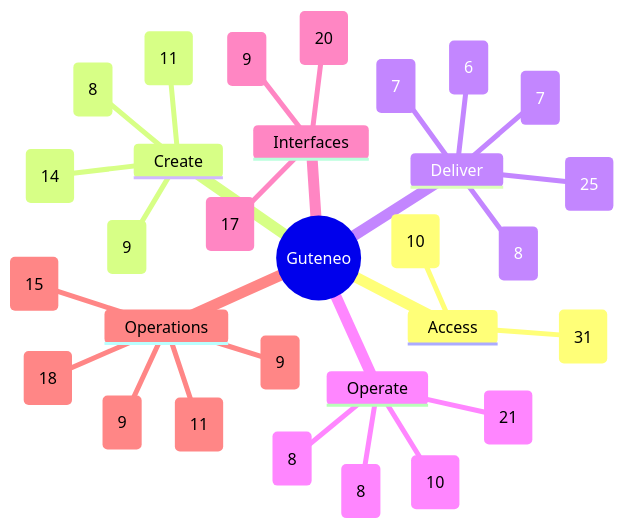
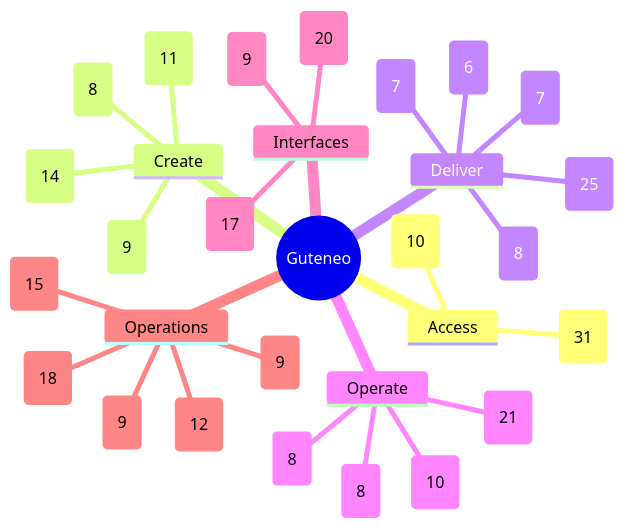
Before and after one commit to nclsppr/guteneo: the diagram in docs/FEATURE_MAP.md, drawn with Mermaid. The commit also changed other lines of this file and 10 other files, not shown here.

````diff
--- a/docs/FEATURE_MAP.md
+++ b/docs/FEATURE_MAP.md
@@ -13,33 +13,33 @@
 ```mermaid
 mindmap
   root((Guteneo))
     Access
       Access and identity (31)
       Team and responsibilities (10)
     Create
       Documents and protection (8)
       Template studio (14)
       Data and mappings (9)
       PDF generation and distribution (11)
     Deliver
       Fax (6)
       Postal mail (8)
       Email and protected links (7)
       Sensitive distribution and personal documents (25)
       Dispatch dry run (7)
     Operate
       Campaigns and tracking (8)
       Credits and billing (8)
       Workspace layout and browser appearance (21)
       PDF verification (10)
     Interfaces
       Assistants and API (20)
       iPhone and iPad (9)
       Public pages, languages and appearance (17)
     Operations
       Reviewer OAuth qualification (9)
       Operations and reliability (18)
       Belvédère platform oversight (9)
       Public service status (15)
-      Engineering documentation (11)
+      Engineering documentation (12)
 ```
````
